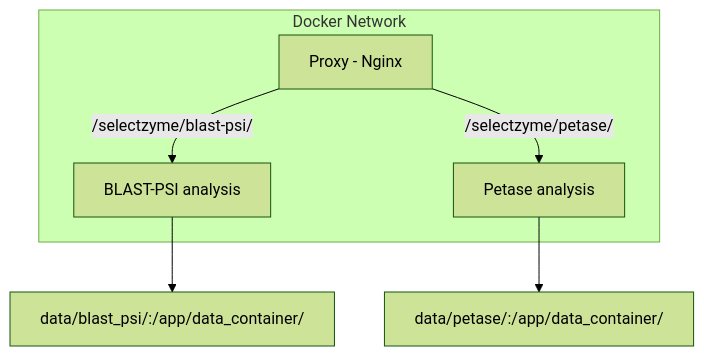
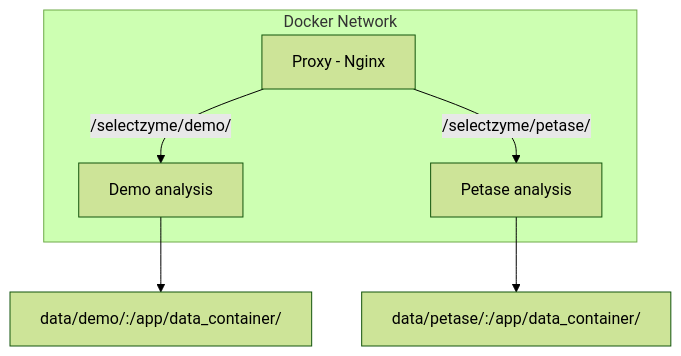
Before and after one commit to ipb-halle/SelectZyme-app: the first of 2 diagrams in README.md, drawn with Mermaid (forest theme). The commit also changed other lines of this file and 4 other files, not shown here.

Commit message:
chore: replace psi-blast mininmal demo by minimal demo

````diff
--- a/README.md
+++ b/README.md
@@ -4,14 +4,14 @@
 ```mermaid
 graph TD;  
-    B[BLAST-PSI analysis] --> D[data/blast_psi/:/app/data_container/];
+    B[Demo analysis] --> D[data/demo/:/app/data_container/];
     C[Petase analysis] --> E[data/petase/:/app/data_container/];
     
-    A[Proxy - Nginx] -->|/selectzyme/blast-psi/| B[BLAST-PSI analysis];
+    A[Proxy - Nginx] -->|/selectzyme/demo/| B[Demo analysis];
     A[Proxy - Nginx] -->|/selectzyme/petase/| C[Petase analysis];
     
     subgraph Docker Network;
         A[Proxy - Nginx];
-        B[BLAST-PSI analysis];
+        B[Demo analysis];
         C[Petase analysis];
     end
 ```
````
